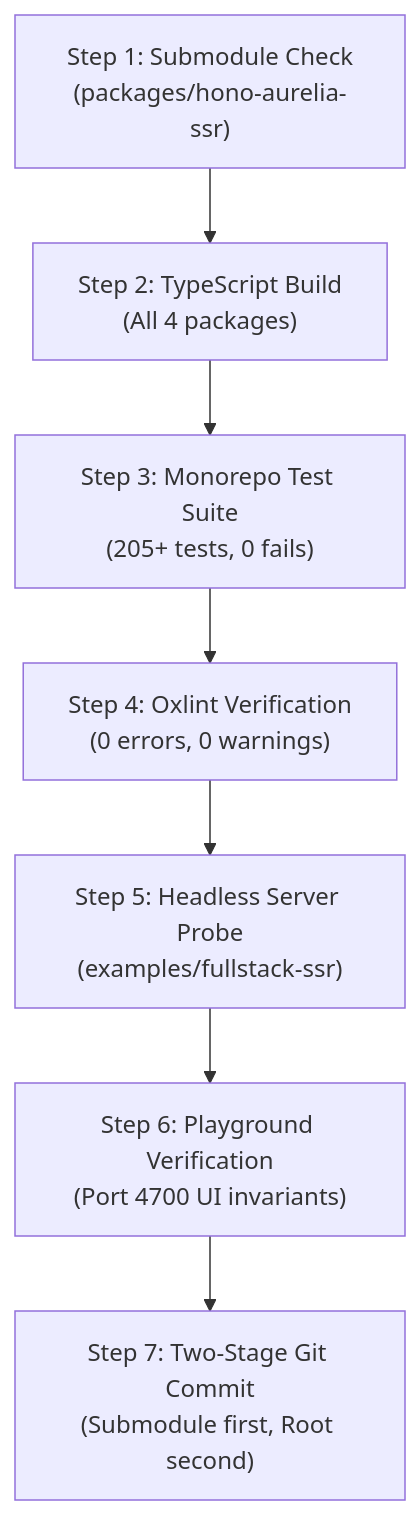
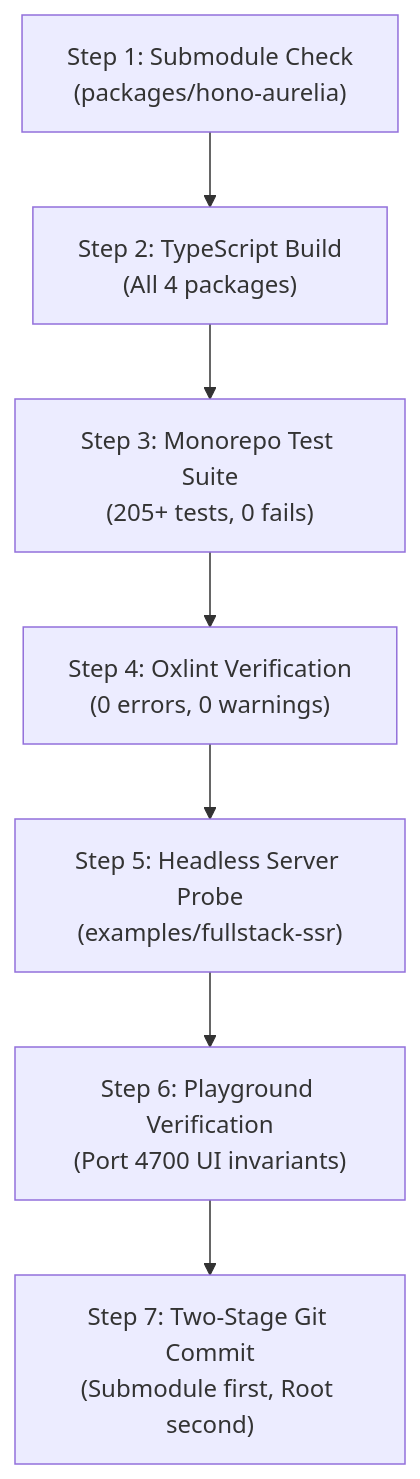
The diagram in .agents/skills/aurelia-toolchain-auditor/SKILL.md (sandikodev/aureliajs), drawn with Mermaid before and after one commit. The commit also changed other lines of this file and 54 other files, not shown here.

First line of the commit message:
refactor: rename hono-aurelia-ssr to hono-aurelia (@hono/aurelia)

````diff
--- a/.agents/skills/aurelia-toolchain-auditor/SKILL.md
+++ b/.agents/skills/aurelia-toolchain-auditor/SKILL.md
@@ -89,9 +89,9 @@
 ```mermaid
 flowchart TD
-    A["Step 1: Submodule Check\n(packages/hono-aurelia-ssr)"] --> B["Step 2: TypeScript Build\n(All 4 packages)"]
+    A["Step 1: Submodule Check\n(packages/hono-aurelia)"] --> B["Step 2: TypeScript Build\n(All 4 packages)"]
     B --> C["Step 3: Monorepo Test Suite\n(205+ tests, 0 fails)"]
     C --> D["Step 4: Oxlint Verification\n(0 errors, 0 warnings)"]
     D --> E["Step 5: Headless Server Probe\n(examples/fullstack-ssr)"]
     E --> F["Step 6: Playground Verification\n(Port 4700 UI invariants)"]
     F --> G["Step 7: Two-Stage Git Commit\n(Submodule first, Root second)"]
 ```
````
